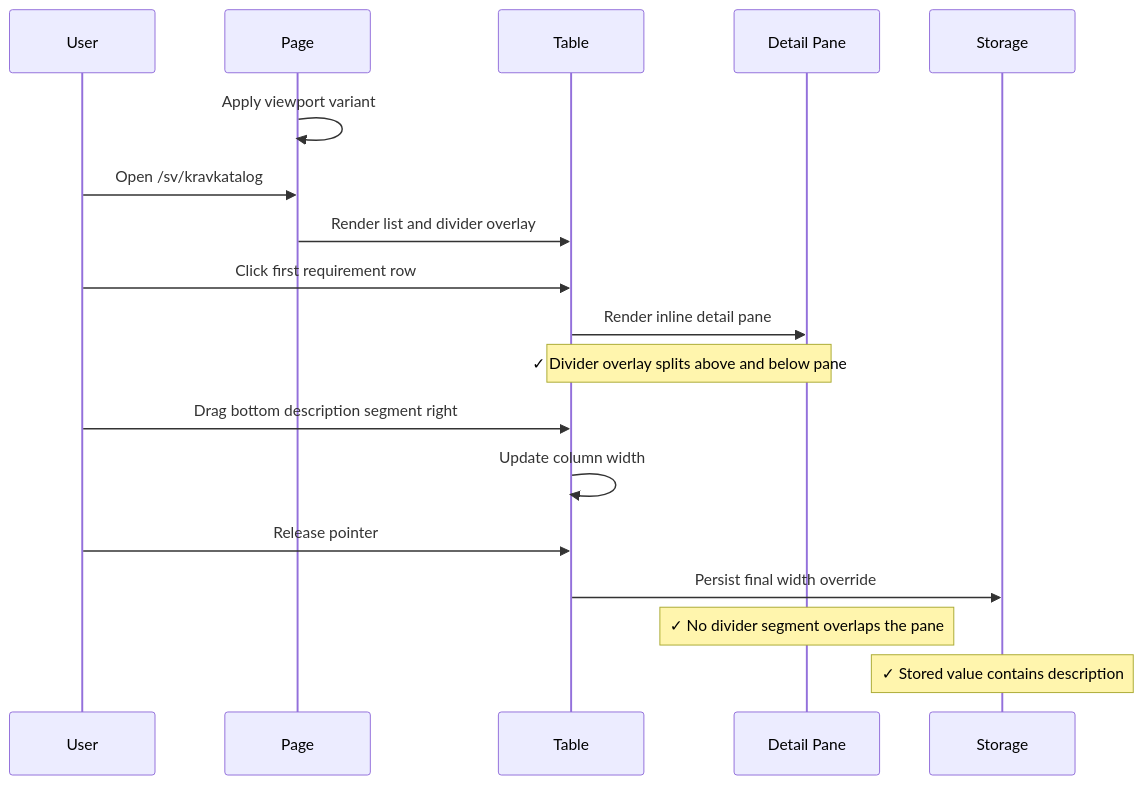
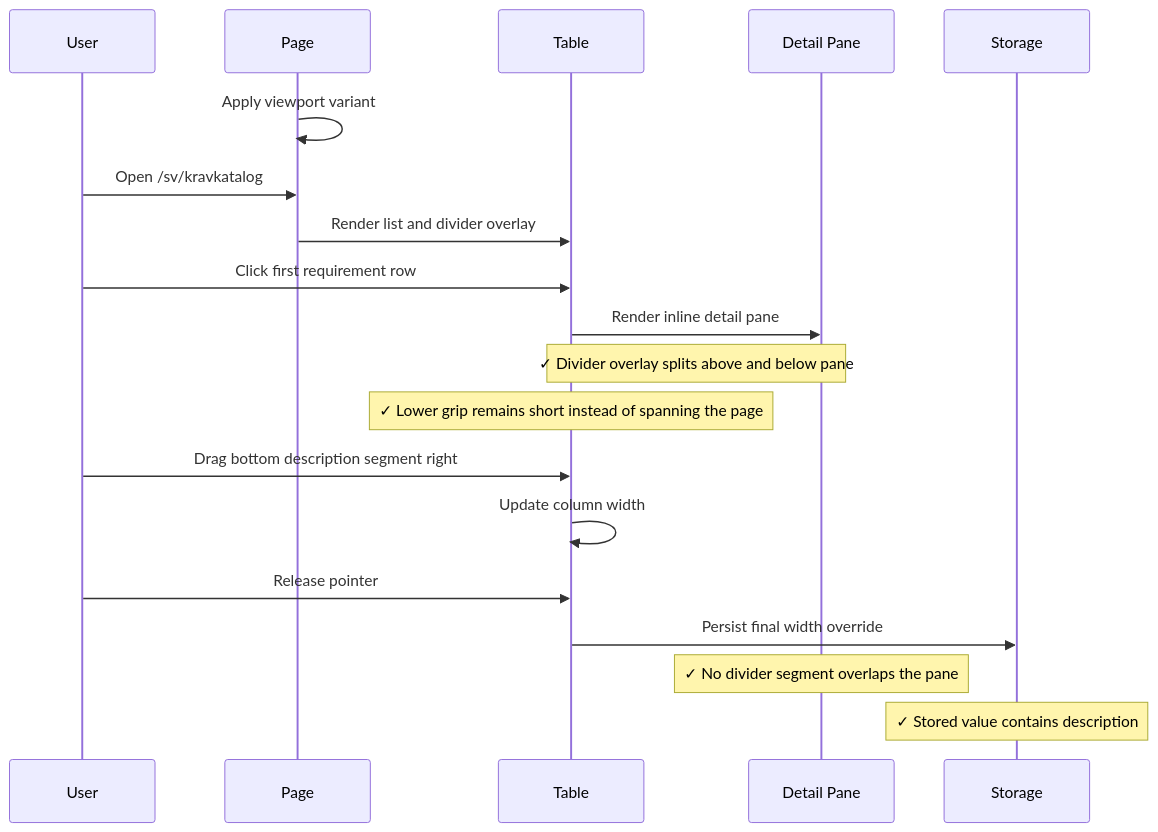
Before and after one commit to viscalyx/Kravhantering: the third of 4 diagrams in tests/integration/requirements-table-resize.md, drawn with Mermaid. The commit also changed other lines of this file and 3 other files, not shown here.

Commit message:
refactor: cap lower grip height and enhance resize handle behavior in RequirementsTable

````diff
--- a/tests/integration/requirements-table-resize.md
+++ b/tests/integration/requirements-table-resize.md
@@ -166,21 +176,22 @@
 ```mermaid
 sequenceDiagram
     participant U as User
     participant P as Page
     participant T as Table
     participant D as Detail Pane
     participant S as Storage
 
     P->>P: Apply viewport variant
     U->>P: Open /sv/kravkatalog
     P->>T: Render list and divider overlay
     U->>T: Click first requirement row
     T->>D: Render inline detail pane
     Note over T,D: ✓ Divider overlay splits above and below pane
+    Note over T: ✓ Lower grip remains short instead of spanning the page
     U->>T: Drag bottom description segment right
     T->>T: Update column width
     U->>T: Release pointer
     T->>S: Persist final width override
     Note over D: ✓ No divider segment overlaps the pane
     Note over S: ✓ Stored value contains description
 ```
````
